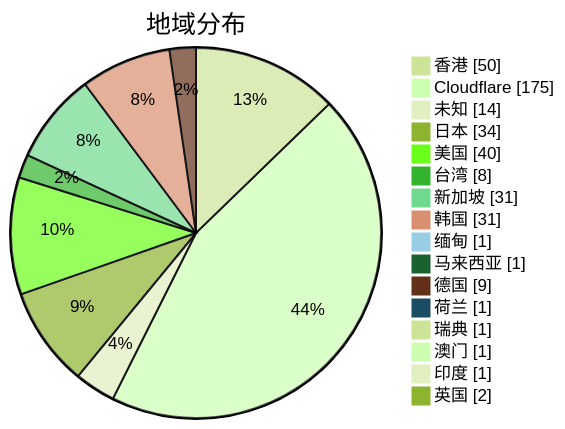
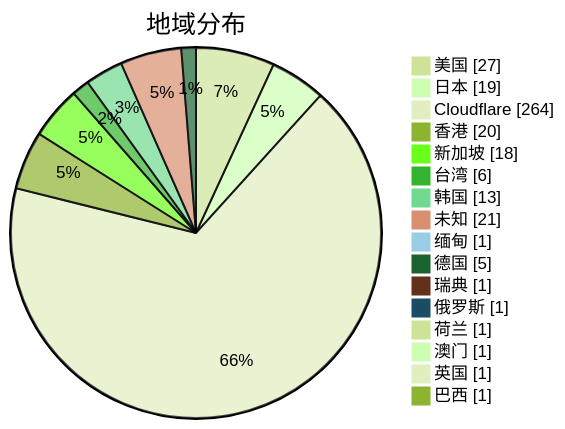
Before and after one commit to qjlxg/airport: the second of 3 diagrams in subs/statistics/tested_within.md, drawn with Mermaid (forest theme). The commit also changed other lines of this file and 2 other files, not shown here.

````diff
--- a/subs/statistics/tested_within.md
+++ b/subs/statistics/tested_within.md
@@ -13,20 +14,20 @@
 ```mermaid
 pie showData
 title 地域分布
-"香港" : 50
-"Cloudflare" : 175
-"未知" : 14
-"日本" : 34
-"美国" : 40
-"台湾" : 8
-"新加坡" : 31
-"韩国" : 31
+"美国" : 27
+"日本" : 19
+"Cloudflare" : 264
+"香港" : 20
+"新加坡" : 18
+"台湾" : 6
+"韩国" : 13
+"未知" : 21
 "缅甸" : 1
-"马来西亚" : 1
-"德国" : 9
+"德国" : 5
+"瑞典" : 1
+"俄罗斯" : 1
 "荷兰" : 1
-"瑞典" : 1
 "澳门" : 1
-"印度" : 1
-"英国" : 2
+"英国" : 1
+"巴西" : 1
 ```
````
